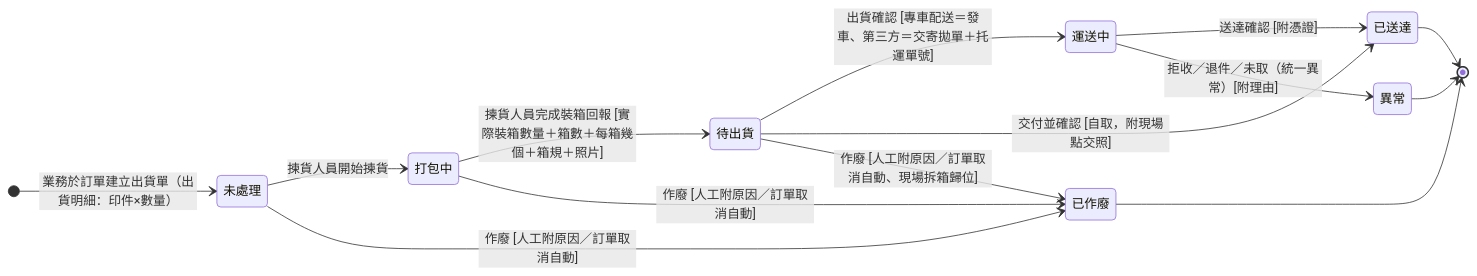
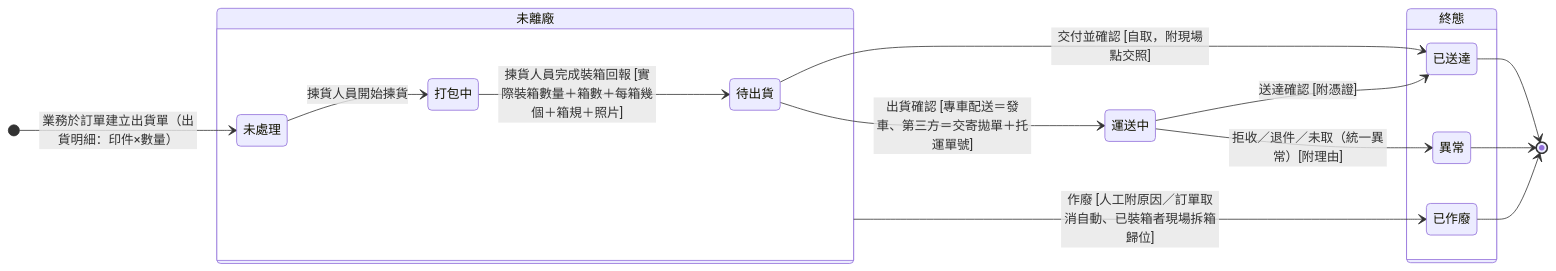
The diagram in memory/Sens_wiki/wiki/erp/06-state-machines/出貨單狀態.md (Kawato-Miles/erp-spec), drawn with Mermaid before and after one commit. The commit also changed other lines of this file and 24 other files, not shown here.

````diff
--- a/memory/Sens_wiki/wiki/erp/06-state-machines/出貨單狀態.md
+++ b/memory/Sens_wiki/wiki/erp/06-state-machines/出貨單狀態.md
@@ -41,28 +41,34 @@
 ```mermaid
 stateDiagram-v2
     direction LR
 
     [*] --> s_pending : 業務於訂單建立出貨單（出貨明細：印件×數量）
 
-    state "未處理" as s_pending
-    state "打包中" as s_packing
-    state "待出貨" as s_packed
+    state "未離廠" as OnSite {
+        direction LR
+        state "未處理" as s_pending
+        state "打包中" as s_packing
+        state "待出貨" as s_packed
+        s_pending --> s_packing : 揀貨人員開始揀貨
+        s_packing --> s_packed : 揀貨人員完成裝箱回報 [實際裝箱數量＋箱數＋每箱幾個＋箱規＋照片]
+    }
+
     state "運送中" as s_shipping
-    state "已送達" as s_arrived
-    state "異常" as s_failed
-    state "已作廢" as s_void
 
-    s_pending --> s_packing : 揀貨人員開始揀貨
-    s_packing --> s_packed : 揀貨人員完成裝箱回報 [實際裝箱數量＋箱數＋每箱幾個＋箱規＋照片]
+    state "終態" as Final {
+        direction LR
+        state "已送達" as s_arrived
+        state "異常" as s_failed
+        state "已作廢" as s_void
+    }
+
     s_packed --> s_shipping : 出貨確認 [專車配送＝發車、第三方＝交寄拋單＋托運單號]
     s_packed --> s_arrived : 交付並確認 [自取，附現場點交照]
     s_shipping --> s_arrived : 送達確認 [附憑證]
     s_shipping --> s_failed : 拒收／退件／未取（統一異常）[附理由]
-    s_pending --> s_void : 作廢 [人工附原因／訂單取消自動]
-    s_packing --> s_void : 作廢 [人工附原因／訂單取消自動]
-    s_packed --> s_void : 作廢 [人工附原因／訂單取消自動、現場拆箱歸位]
+    OnSite --> s_void : 作廢 [人工附原因／訂單取消自動、已裝箱者現場拆箱歸位]
 
     s_arrived --> [*]
     s_failed --> [*]
     s_void --> [*]
 ```
````
